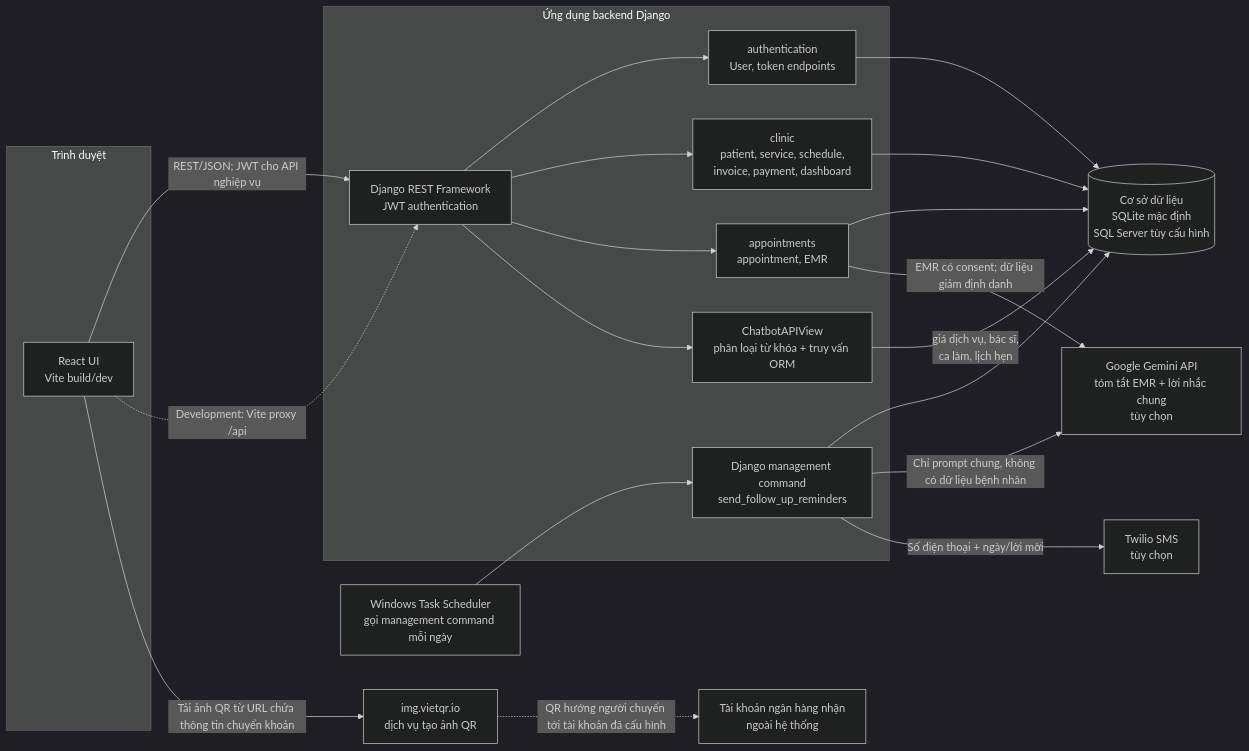
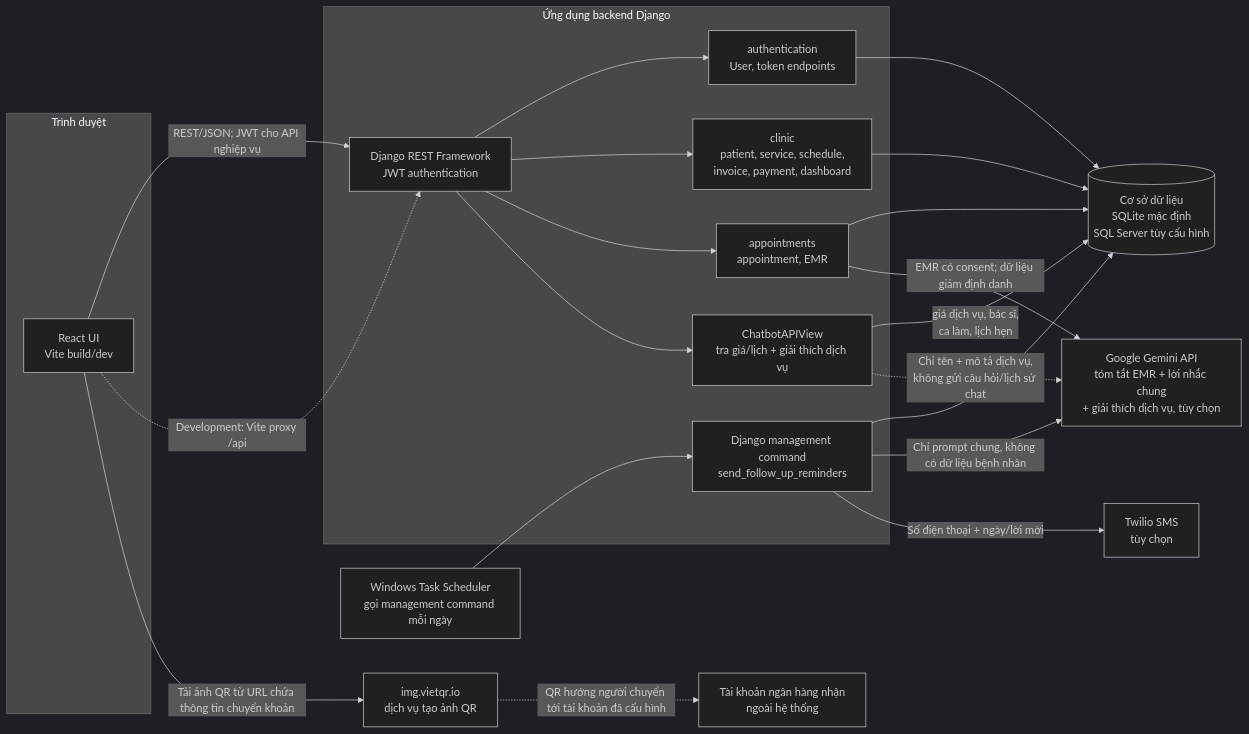
Before and after one commit to tuuyengb06/dental-clinic-system: the first of 5 diagrams in docs/architecture-and-design.md, drawn with Mermaid (dark theme). The commit also changed other lines of this file and 10 other files, not shown here.

````diff
--- a/docs/architecture-and-design.md
+++ b/docs/architecture-and-design.md
@@ -11,40 +11,41 @@
 ```mermaid
 flowchart LR
     subgraph Client["Trình duyệt"]
         UI["React UI<br/>Vite build/dev"]
     end
 
     subgraph App["Ứng dụng backend Django"]
         API["Django REST Framework<br/>JWT authentication"]
         Auth["authentication<br/>User, token endpoints"]
         Clinic["clinic<br/>patient, service, schedule,<br/>invoice, payment, dashboard"]
         Appt["appointments<br/>appointment, EMR"]
         ReminderJob["Django management command<br/>send_follow_up_reminders"]
-        Chat["ChatbotAPIView<br/>phân loại từ khóa + truy vấn ORM"]
+        Chat["ChatbotAPIView<br/>tra giá/lịch + giải thích dịch vụ"]
         API --> Auth
         API --> Clinic
         API --> Appt
         API --> Chat
     end
 
     DB[(Cơ sở dữ liệu<br/>SQLite mặc định<br/>SQL Server tùy cấu hình)]
     QR["img.vietqr.io<br/>dịch vụ tạo ảnh QR"]
     Bank["Tài khoản ngân hàng nhận<br/>ngoài hệ thống"]
-    AI["Google Gemini API<br/>tóm tắt EMR + lời nhắc chung<br/>tùy chọn"]
+    AI["Google Gemini API<br/>tóm tắt EMR + lời nhắc chung<br/>+ giải thích dịch vụ, tùy chọn"]
     Scheduler["Windows Task Scheduler<br/>gọi management command mỗi ngày"]
     Notify["Twilio SMS<br/>tùy chọn"]
 
     UI -->|"REST/JSON; JWT cho API nghiệp vụ"| API
     UI -. "Development: Vite proxy /api" .-> API
     ReminderJob --> DB
     Auth --> DB
     Clinic --> DB
     Appt --> DB
     Chat -->|"giá dịch vụ, bác sĩ,<br/>ca làm, lịch hẹn"| DB
+    Chat -.->|"Chỉ tên + mô tả dịch vụ,<br/>không gửi câu hỏi/lịch sử chat"| AI
     UI -->|"Tải ảnh QR từ URL chứa thông tin chuyển khoản"| QR
     QR -. "QR hướng người chuyển tới tài khoản đã cấu hình" .-> Bank
     Appt -->|"EMR có consent; dữ liệu giảm định danh"| AI
     Scheduler --> ReminderJob
     ReminderJob -->|"Chỉ prompt chung, không có dữ liệu bệnh nhân"| AI
     ReminderJob -->|"Số điện thoại + ngày/lời mời"| Notify
 ```
````
